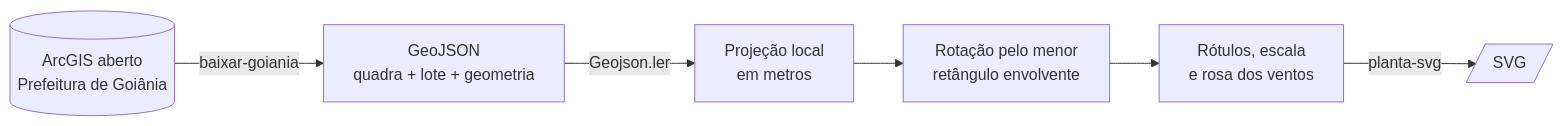
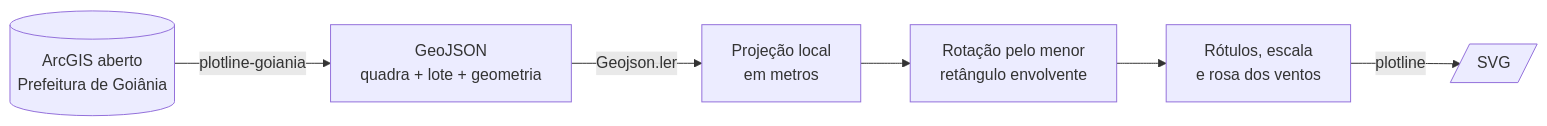
The diagram in README.md (Dimasaas/plotline), drawn with Mermaid before and after one commit. The commit also changed other lines of this file and 25 other files, not shown here.

````diff
--- a/README.md
+++ b/README.md
@@ -22,8 +24,8 @@
 ```mermaid
 flowchart LR
-    A[(ArcGIS aberto\nPrefeitura de Goiânia)] -->|baixar-goiania| B[GeoJSON\nquadra + lote + geometria]
+    A[(ArcGIS aberto\nPrefeitura de Goiânia)] -->|plotline-goiania| B[GeoJSON\nquadra + lote + geometria]
     B -->|Geojson.ler| C[Projeção local\nem metros]
     C --> D[Rotação pelo menor\nretângulo envolvente]
     D --> E[Rótulos, escala\ne rosa dos ventos]
-    E -->|planta-svg| F[/SVG/]
+    E -->|plotline| F[/SVG/]
 ```
````
